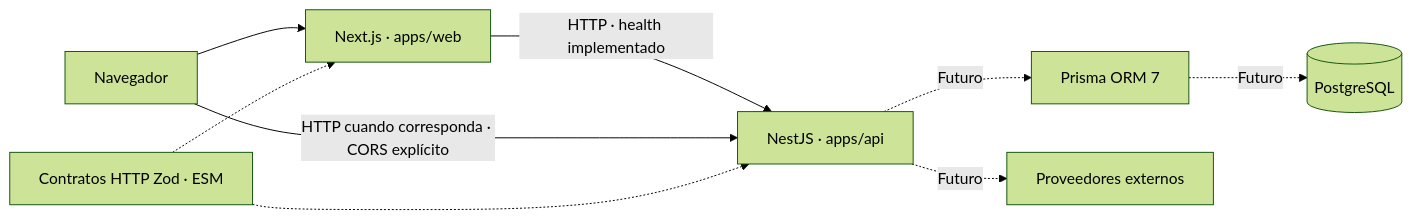
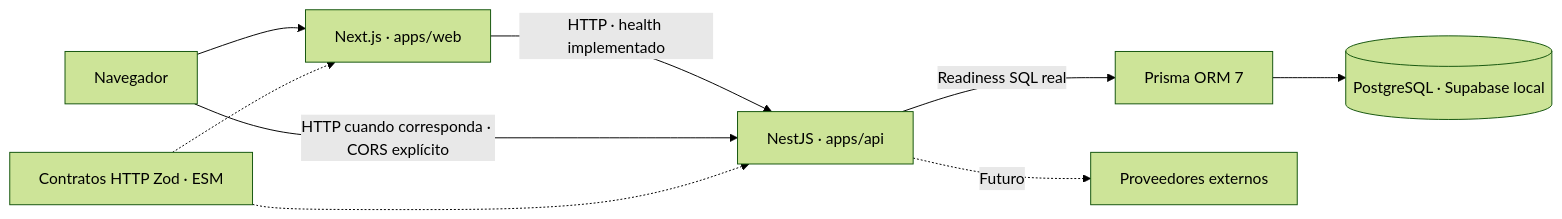
One commit to Lenin-Miranda/distrito-hobby-ni changed the diagram in docs/architecture.md. Above: the diagram before and after it, drawn with Mermaid (forest theme). The commit also changed other lines of this file and 56 other files, not shown here.

Commit message:
chore(local): add Docker and Supabase development infrastructure

````diff
--- a/docs/architecture.md
+++ b/docs/architecture.md
@@ -5,11 +5,11 @@
 ```mermaid
 flowchart LR
   Browser[Navegador] --> Web[Next.js · apps/web]
   Web -->|HTTP · health implementado| API[NestJS · apps/api]
   Browser -->|HTTP cuando corresponda · CORS explícito| API
   Contracts[Contratos HTTP Zod · ESM] -.-> Web
   Contracts -.-> API
-  API -.->|Futuro| Prisma[Prisma ORM 7]
-  Prisma -.->|Futuro| DB[(PostgreSQL)]
+  API -->|Readiness SQL real| Prisma[Prisma ORM 7]
+  Prisma --> DB[(PostgreSQL · Supabase local)]
   API -.->|Futuro| Providers[Proveedores externos]
 ```
````
